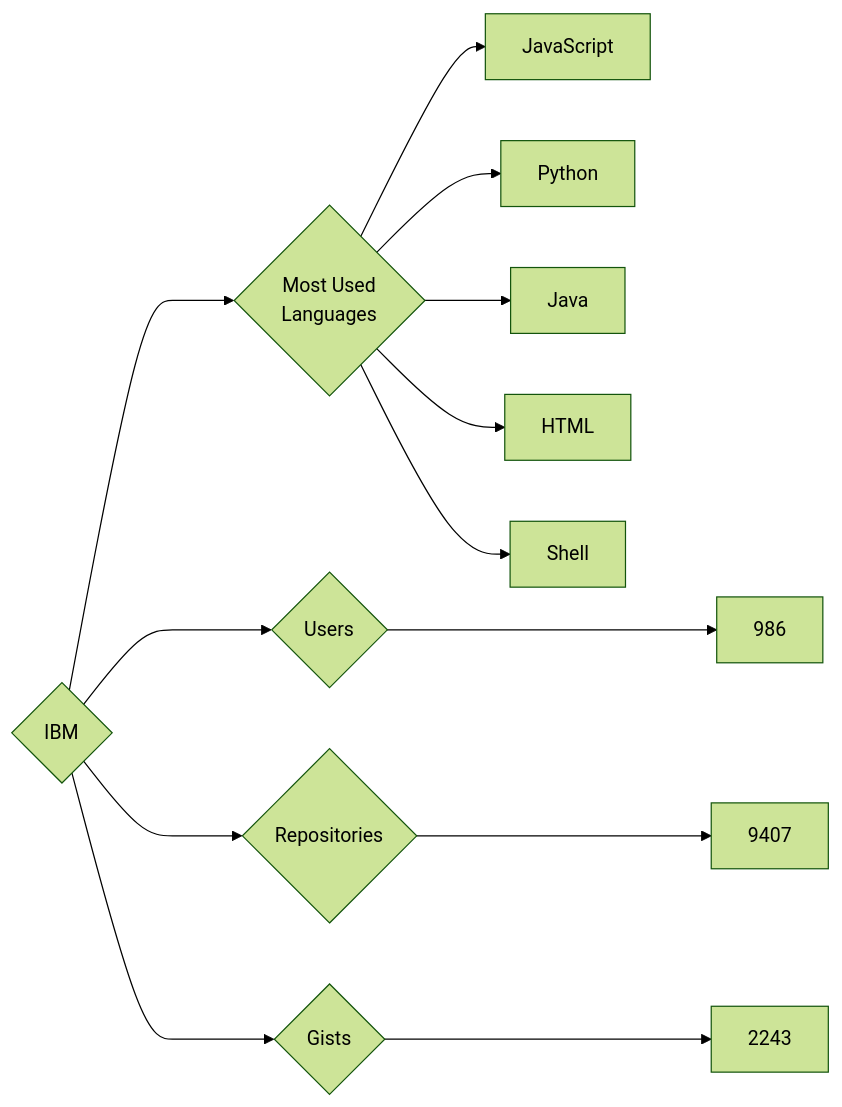
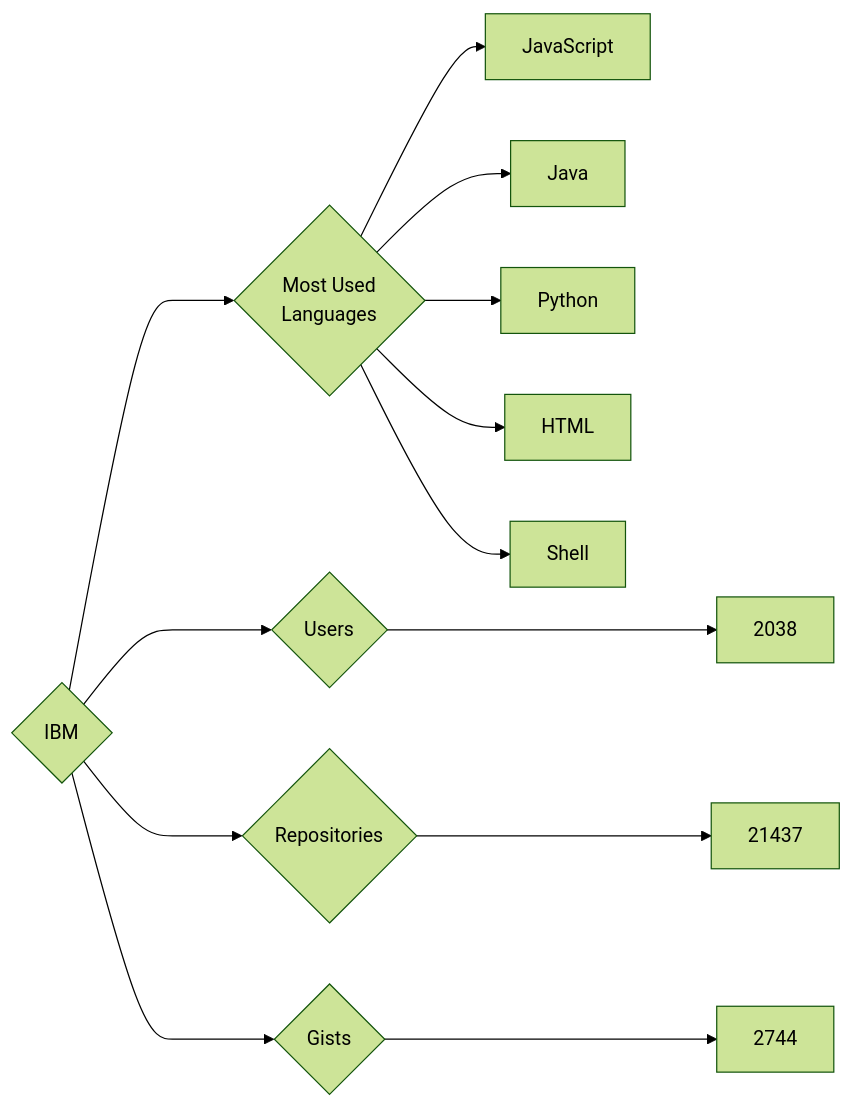
Before and after one commit to trickest/insiders: the diagram in targets/IBM/README.md, drawn with Mermaid (forest theme). The commit also changed 951 other files, not shown here.

````diff
--- a/targets/IBM/README.md
+++ b/targets/IBM/README.md
@@ -3,13 +3,13 @@
 ```mermaid
 graph LR
 COMPANY_NAME{IBM}
-COMPANY_NAME ---> U{Users} ---> UN[986]
-COMPANY_NAME ---> R{Repositories} ---> RN[9407]
-COMPANY_NAME ---> G{Gists} ---> GN[2243]
+COMPANY_NAME ---> U{Users} ---> UN[2038]
+COMPANY_NAME ---> R{Repositories} ---> RN[21437]
+COMPANY_NAME ---> G{Gists} ---> GN[2744]
 COMPANY_NAME ---> ML{Most Used<br>Languages}
 ML --> JavaScript[JavaScript]
+ML --> Java[Java]
 ML --> Python[Python]
-ML --> Java[Java]
 ML --> HTML[HTML]
 ML --> Shell[Shell]
 ```
````
